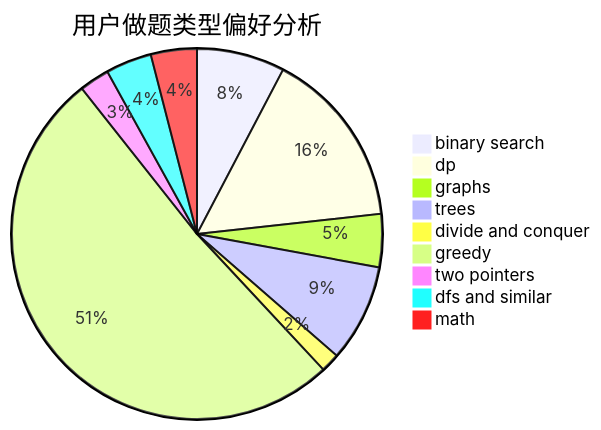
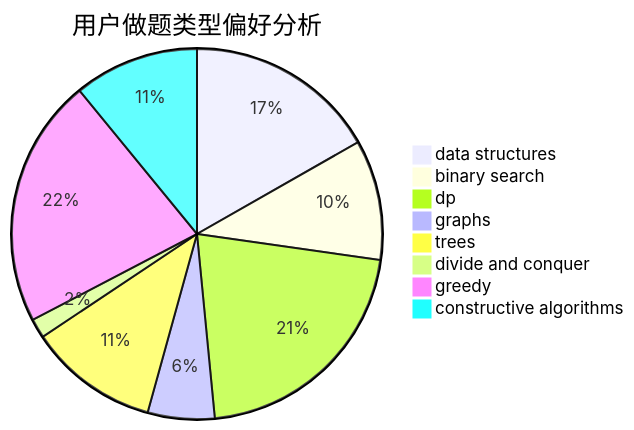
One commit to sherpahu/cfrs.github.io changed the second of 3 diagrams in docs/user/u1676.md. Above: the diagram before and after it, drawn with Mermaid. The commit also changed other lines of this file and 2775 other files, not shown here.

````diff
--- a/docs/user/u1676.md
+++ b/docs/user/u1676.md
@@ -23,12 +23,11 @@
 ```mermaid
 pie title 用户做题类型偏好分析
-    "binary search" :  111
-    "dp" :  225
-    "graphs" :  67
-    "trees" :  123
-    "divide and conquer" :  24
-    "greedy" :  741
-    "two pointers" :  38
-    "dfs and similar" :  58
-    "math" :  58
+    "data structures" :  158
+    "binary search" :  99
+    "dp" :  200
+    "graphs" :  55
+    "trees" :  107
+    "divide and conquer" :  16
+    "greedy" :  205
+    "constructive algorithms" :  103
 ```
````
